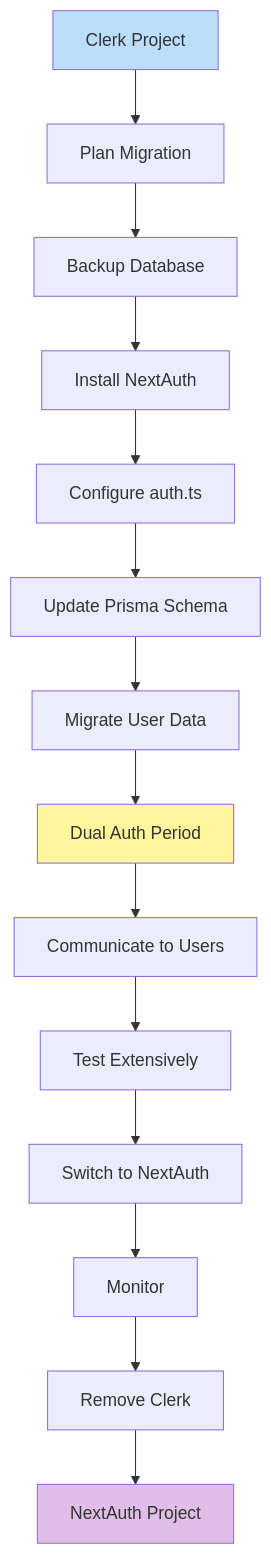
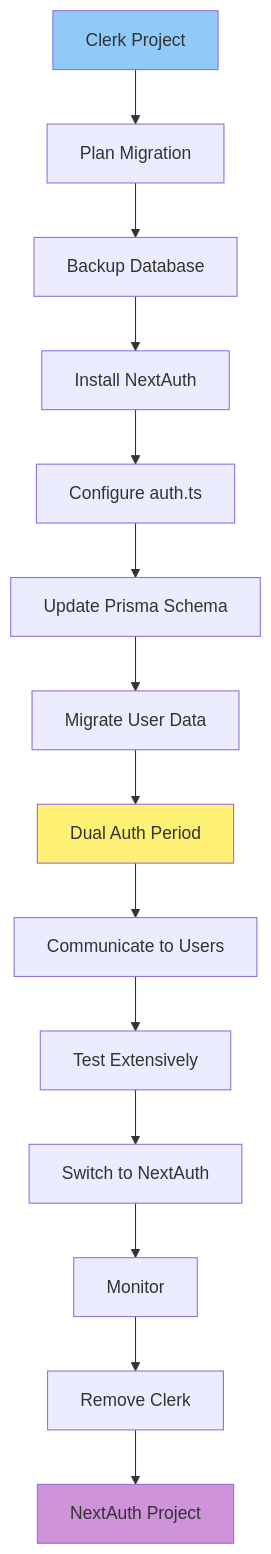
One commit to inskillflow/auths-1-NEXTJS-introduction changed diagram 30 of 39 in 02-DIAGRAMMES_ARCHITECTURES.md. Above: the diagram before and after it, drawn with Mermaid. The commit also changed other lines of this file, not shown here.

````diff
--- a/02-DIAGRAMMES_ARCHITECTURES.md
+++ b/02-DIAGRAMMES_ARCHITECTURES.md
@@ -988,21 +988,21 @@
 ```mermaid
 graph TD
     START[Clerk Project] --> PLAN[Plan Migration]
     PLAN --> BACKUP[Backup Database]
     BACKUP --> INSTALL[Install NextAuth]
     INSTALL --> CONFIG[Configure auth.ts]
     CONFIG --> SCHEMA[Update Prisma Schema]
     SCHEMA --> MIGRATE[Migrate User Data]
     
     MIGRATE --> DUAL[Dual Auth Period]
     DUAL --> COMM[Communicate to Users]
     COMM --> TEST[Test Extensively]
     TEST --> SWITCH[Switch to NextAuth]
     SWITCH --> MONITOR[Monitor]
     MONITOR --> CLEANUP[Remove Clerk]
     CLEANUP --> END[NextAuth Project]
     
-    style START fill:#bbdefb
-    style DUAL fill:#fff59d
-    style END fill:#e1bee7
+    style START fill:#90caf9
+    style DUAL fill:#fff176
+    style END fill:#ce93d8
 ```
````
